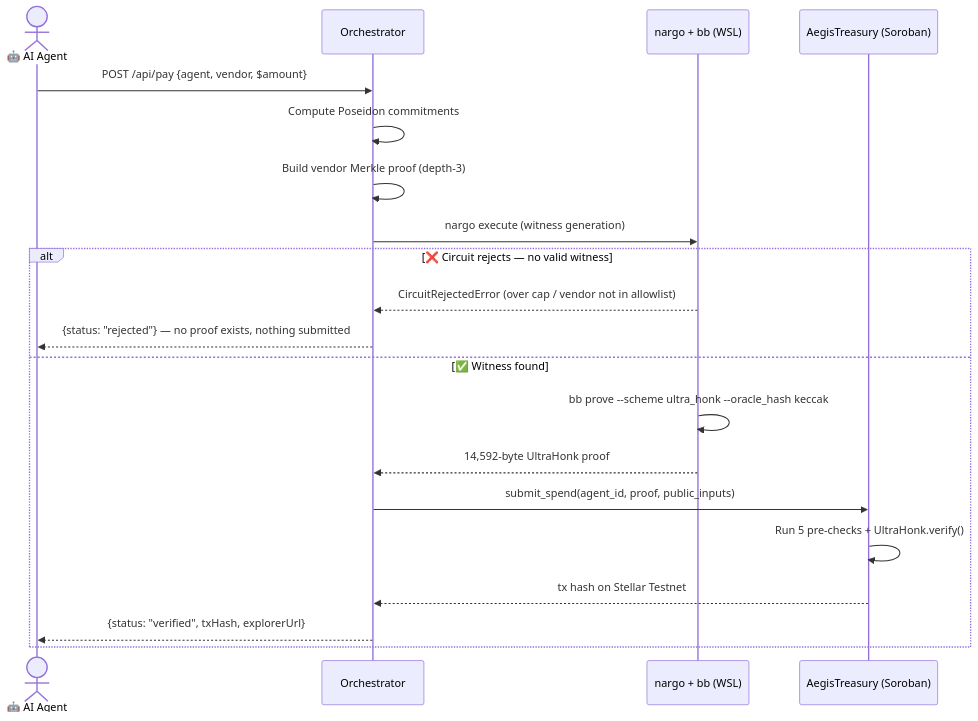
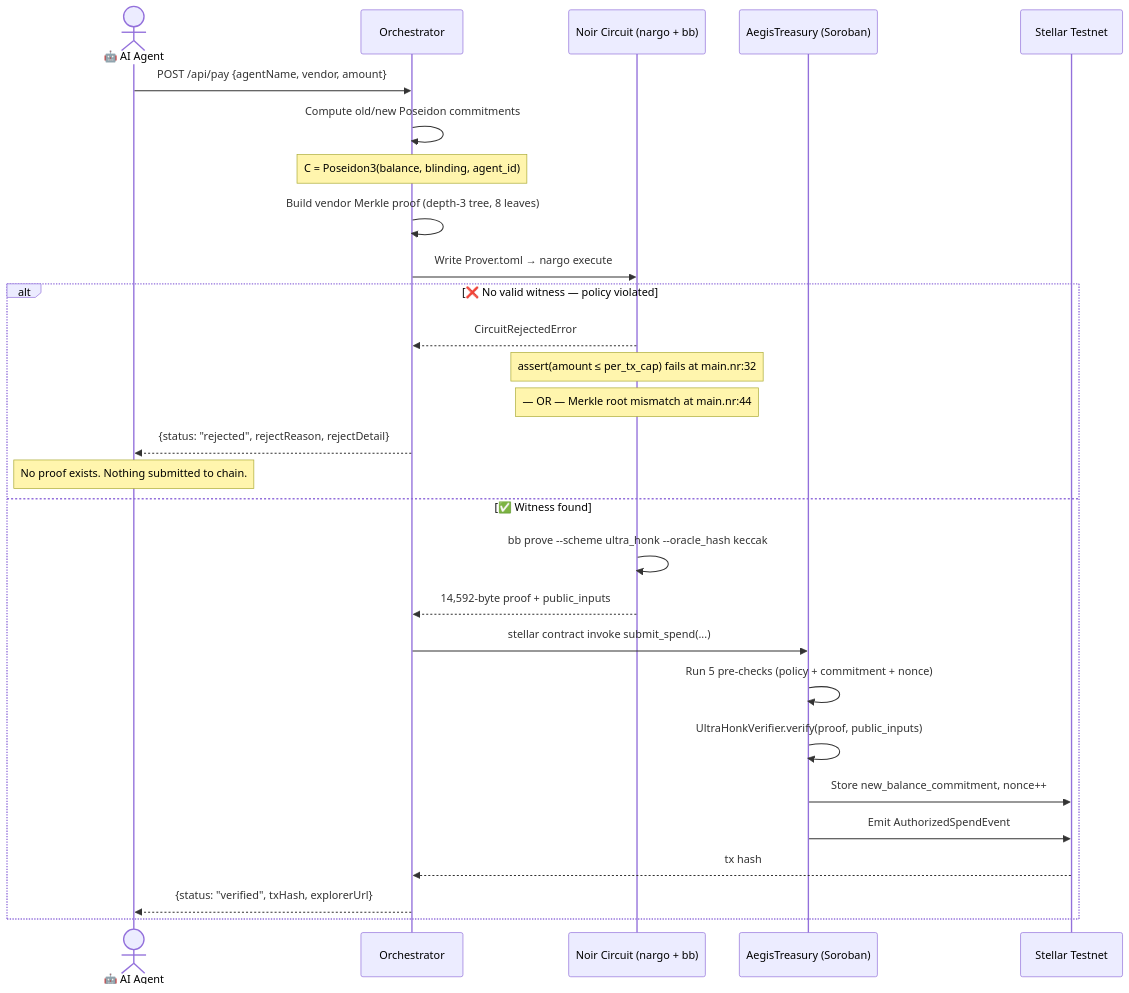
One commit to Lakshmikanth-3/aegis changed the second of 2 diagrams in README.md. Above: the diagram before and after it, drawn with Mermaid. The commit also changed other lines of this file, not shown here.

````diff
--- a/README.md
+++ b/README.md
@@ -102,24 +190,34 @@
 ```mermaid
 sequenceDiagram
     actor Agent as 🤖 AI Agent
     participant O as Orchestrator
-    participant N as nargo + bb (WSL)
+    participant N as Noir Circuit (nargo + bb)
     participant C as AegisTreasury (Soroban)
+    participant S as Stellar Testnet
 
-    Agent->>O: POST /api/pay {agent, vendor, $amount}
-    O->>O: Compute Poseidon commitments
-    O->>O: Build vendor Merkle proof (depth-3)
-    O->>N: nargo execute (witness generation)
+    Agent->>O: POST /api/pay {agentName, vendor, amount}
 
-    alt ❌ Circuit rejects — no valid witness
-        N-->>O: CircuitRejectedError (over cap / vendor not in allowlist)
-        O-->>Agent: {status: "rejected"} — no proof exists, nothing submitted
+    O->>O: Compute old/new Poseidon commitments
+    Note over O: C = Poseidon3(balance, blinding, agent_id)
+    O->>O: Build vendor Merkle proof (depth-3 tree, 8 leaves)
+
+    O->>N: Write Prover.toml → nargo execute
+
+    alt ❌ No valid witness — policy violated
+        N-->>O: CircuitRejectedError
+        Note over N: assert(amount ≤ per_tx_cap) fails at main.nr:32
+        Note over N: — OR — Merkle root mismatch at main.nr:44
+        O-->>Agent: {status: "rejected", rejectReason, rejectDetail}
+        Note over Agent: No proof exists. Nothing submitted to chain.
     else ✅ Witness found
         N->>N: bb prove --scheme ultra_honk --oracle_hash keccak
-        N-->>O: 14,592-byte UltraHonk proof
-        O->>C: submit_spend(agent_id, proof, public_inputs)
-        C->>C: Run 5 pre-checks + UltraHonk.verify()
-        C-->>O: tx hash on Stellar Testnet
+        N-->>O: 14,592-byte proof + public_inputs
+        O->>C: stellar contract invoke submit_spend(...)
+        C->>C: Run 5 pre-checks (policy + commitment + nonce)
+        C->>C: UltraHonkVerifier.verify(proof, public_inputs)
+        C->>S: Store new_balance_commitment, nonce++
+        C->>S: Emit AuthorizedSpendEvent
+        S-->>O: tx hash
         O-->>Agent: {status: "verified", txHash, explorerUrl}
     end
 ```
````
